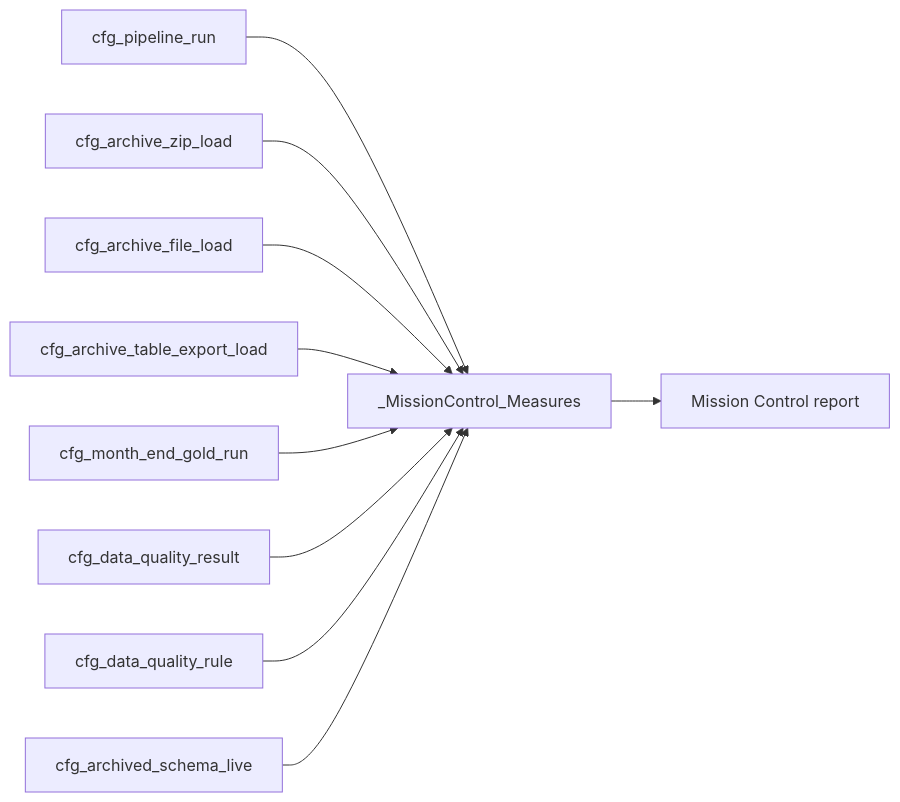
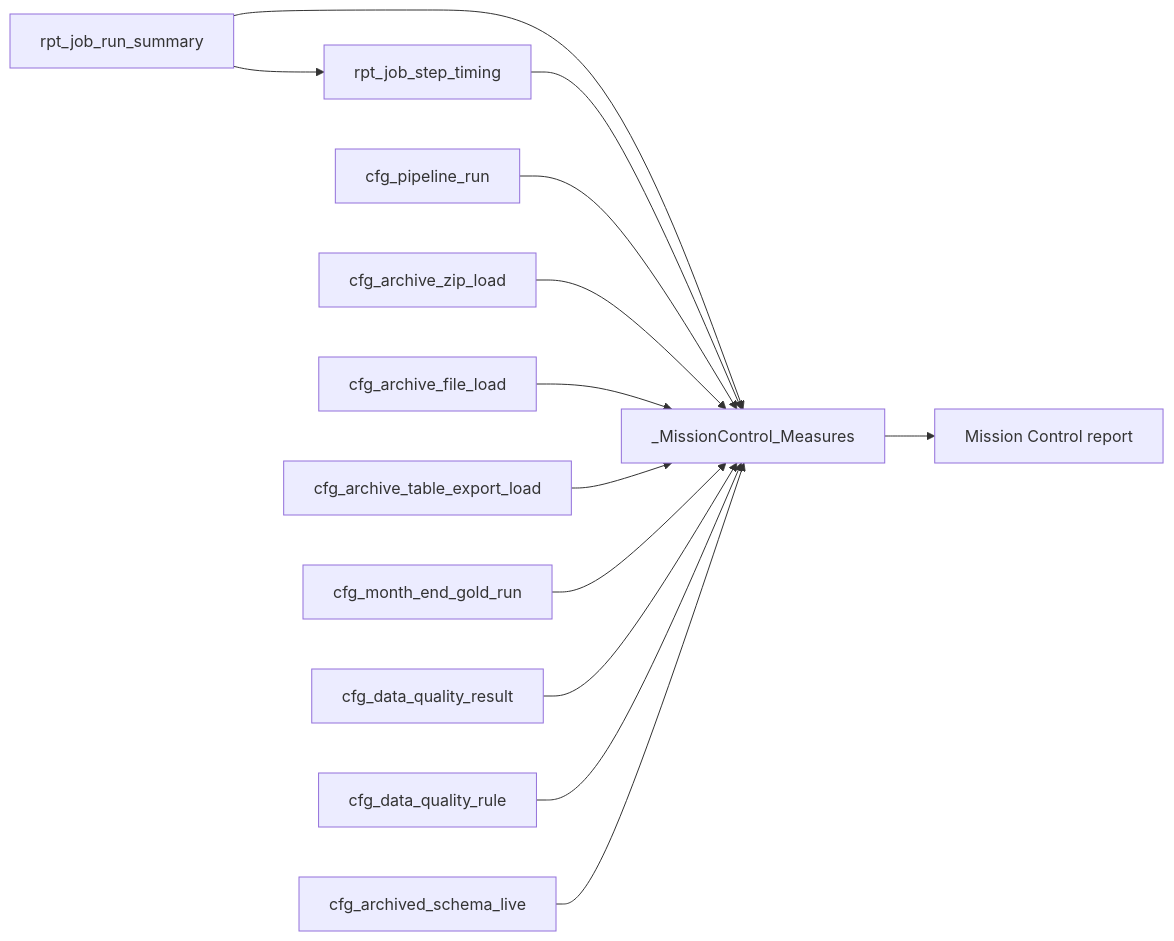
Before and after one commit to NewRay99/fabric-csv-bronze-ingestion: the diagram in project X/client documentation/04_Data_and_Reporting/MISSION_CONTROL_DASHBOARD_OVERVIEW_AND_KPI_LOGIC.md, drawn with Mermaid. The commit also changed other lines of this file and 17 other files, not shown here.

````diff
--- a/project X/client documentation/04_Data_and_Reporting/MISSION_CONTROL_DASHBOARD_OVERVIEW_AND_KPI_LOGIC.md
+++ b/project X/client documentation/04_Data_and_Reporting/MISSION_CONTROL_DASHBOARD_OVERVIEW_AND_KPI_LOGIC.md
@@ -17,12 +21,15 @@
 ```mermaid
 flowchart LR
+    J[rpt_job_run_summary] --> M
+    J --> T[rpt_job_step_timing]
+    T --> M
     P[cfg_pipeline_run] --> M[_MissionControl_Measures]
     Z[cfg_archive_zip_load] --> M
     F[cfg_archive_file_load] --> M
     E[cfg_archive_table_export_load] --> M
     G[cfg_month_end_gold_run] --> M
     D[cfg_data_quality_result] --> M
     R[cfg_data_quality_rule] --> M
     S[cfg_archived_schema_live] --> M
     M --> C[Mission Control report]
 ```
````
